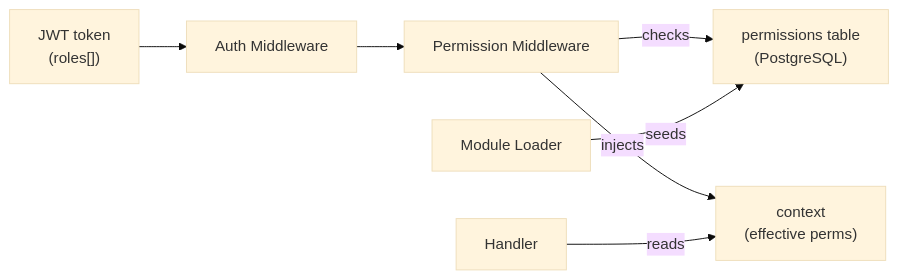
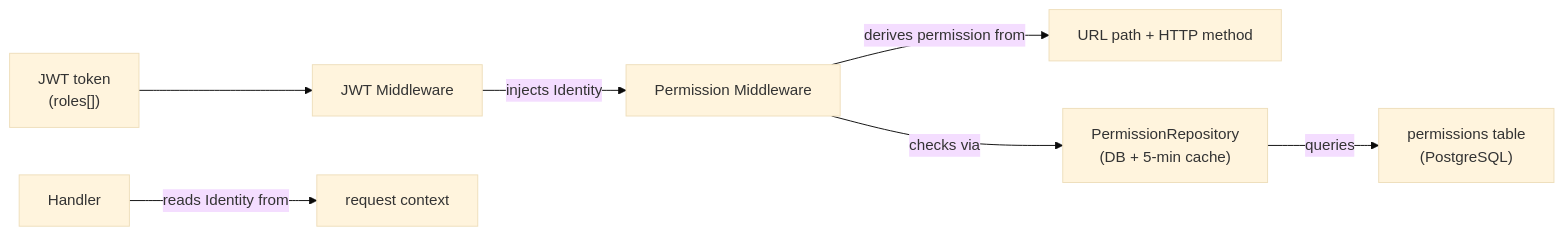
Before and after one commit to noiia/EERP-Documentation-Wiki: the third of 3 diagrams in docs/core/permissions.md, drawn with Mermaid (base theme). The commit also changed other lines of this file and 18 other files, not shown here.

````diff
--- a/docs/core/permissions.md
+++ b/docs/core/permissions.md
@@ -175,9 +183,9 @@
 ```mermaid
 graph LR
-    JWT["JWT token\n(roles[])"] --> Auth["Auth Middleware"]
-    Auth --> PermMW["Permission Middleware"]
-    PermMW -->|checks| DB["permissions table\n(PostgreSQL)"]
-    PermMW -->|injects| Context["context\n(effective perms)"]
-    Handler -->|reads| Context
-    ModuleLoader["Module Loader"] -->|seeds| DB
+    JWT["JWT token\n(roles[])"] --> JWTMiddleware["JWT Middleware"]
+    JWTMiddleware -->|injects Identity| PermMW["Permission Middleware"]
+    PermMW -->|derives permission from| Route["URL path + HTTP method"]
+    PermMW -->|checks via| PermRepo["PermissionRepository\n(DB + 5-min cache)"]
+    PermRepo -->|queries| DB["permissions table\n(PostgreSQL)"]
+    Handler -->|reads Identity from| Context["request context"]
 ```
````
